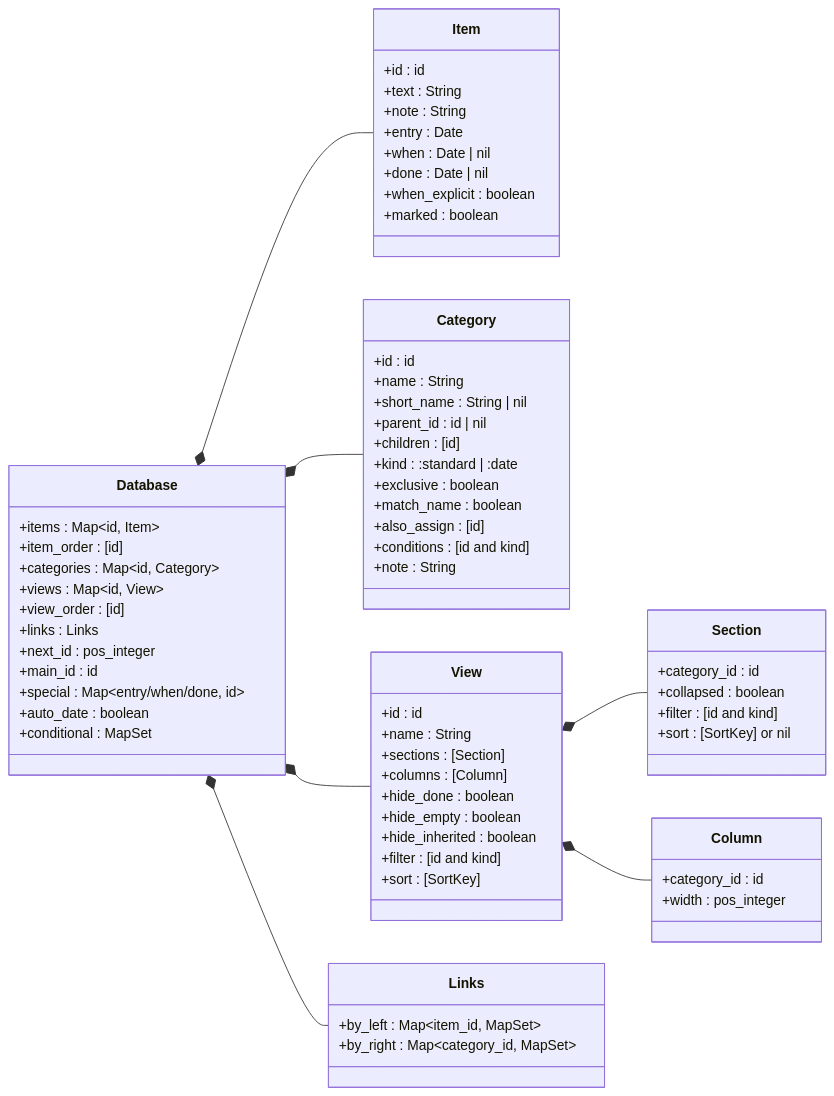
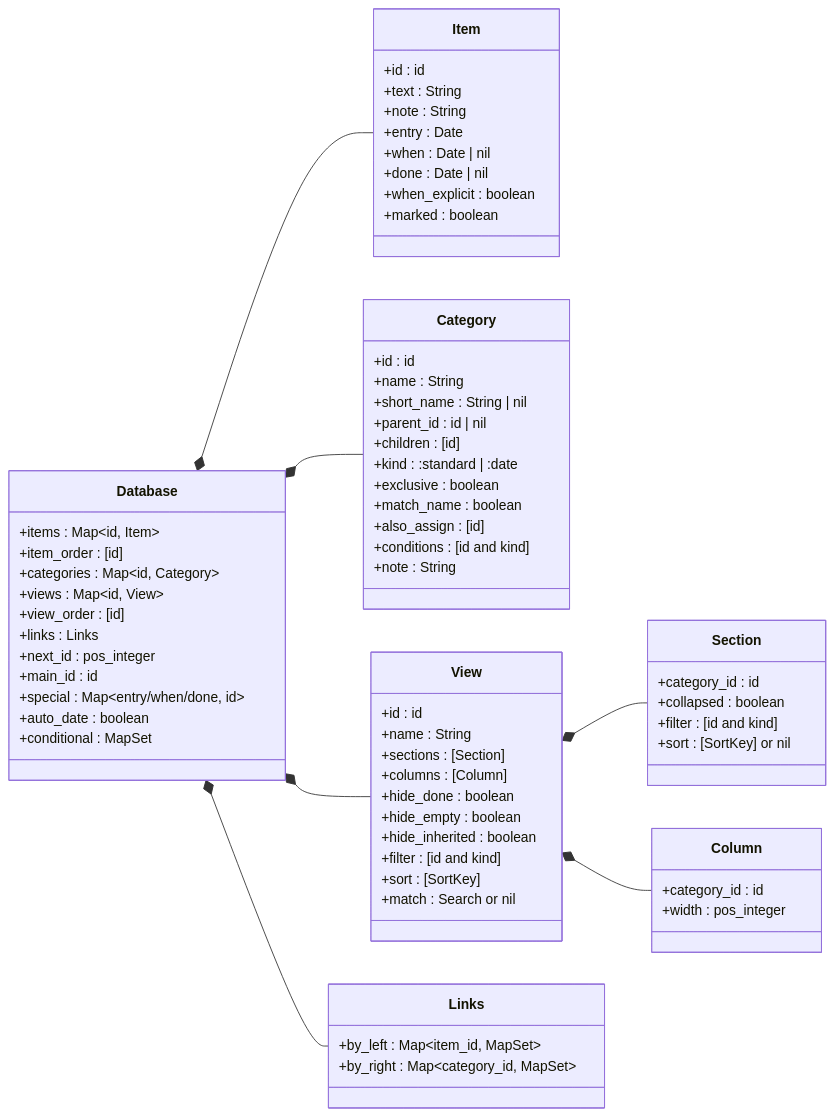
One commit to jamting/agendum changed the second of 6 diagrams in docs/DATA_MODEL.md. Above: the diagram before and after it, drawn with Mermaid. The commit also changed other lines of this file and 21 other files, not shown here.

````diff
--- a/docs/DATA_MODEL.md
+++ b/docs/DATA_MODEL.md
@@ -89,71 +90,72 @@
 ```mermaid
 classDiagram
     direction LR
     class Database {
         +items : Map~id, Item~
         +item_order : [id]
         +categories : Map~id, Category~
         +views : Map~id, View~
         +view_order : [id]
         +links : Links
         +next_id : pos_integer
         +main_id : id
         +special : Map~entry/when/done, id~
         +auto_date : boolean
         +conditional : MapSet
     }
     class Item {
         +id : id
         +text : String
         +note : String
         +entry : Date
         +when : Date | nil
         +done : Date | nil
         +when_explicit : boolean
         +marked : boolean
     }
     class Category {
         +id : id
         +name : String
         +short_name : String | nil
         +parent_id : id | nil
         +children : [id]
         +kind : :standard | :date
         +exclusive : boolean
         +match_name : boolean
         +also_assign : [id]
         +conditions : [id and kind]
         +note : String
     }
     class View {
         +id : id
         +name : String
         +sections : [Section]
         +columns : [Column]
         +hide_done : boolean
         +hide_empty : boolean
         +hide_inherited : boolean
         +filter : [id and kind]
         +sort : [SortKey]
+        +match : Search or nil
     }
     class Section {
         +category_id : id
         +collapsed : boolean
         +filter : [id and kind]
         +sort : [SortKey] or nil
     }
     class Column {
         +category_id : id
         +width : pos_integer
     }
     class Links {
         +by_left : Map~item_id, MapSet~
         +by_right : Map~category_id, MapSet~
     }
     Database *-- Item
     Database *-- Category
     Database *-- View
     Database *-- Links
     View *-- Section
     View *-- Column
 ```
````
